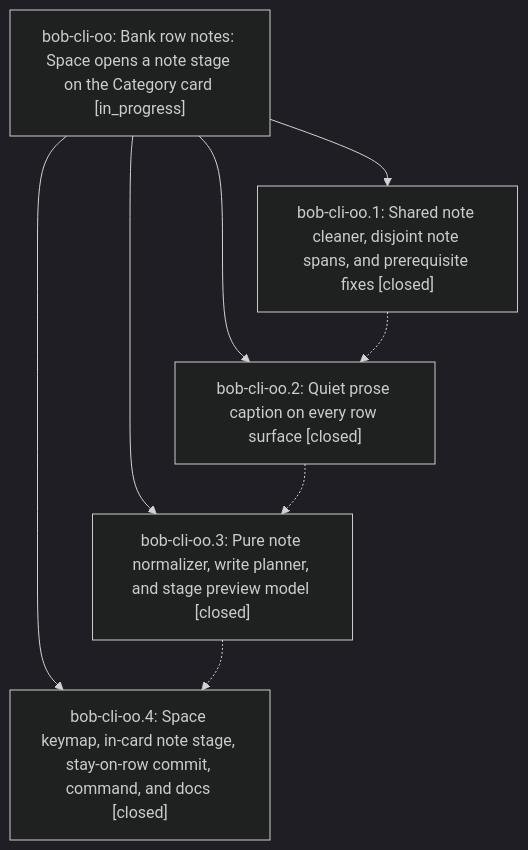
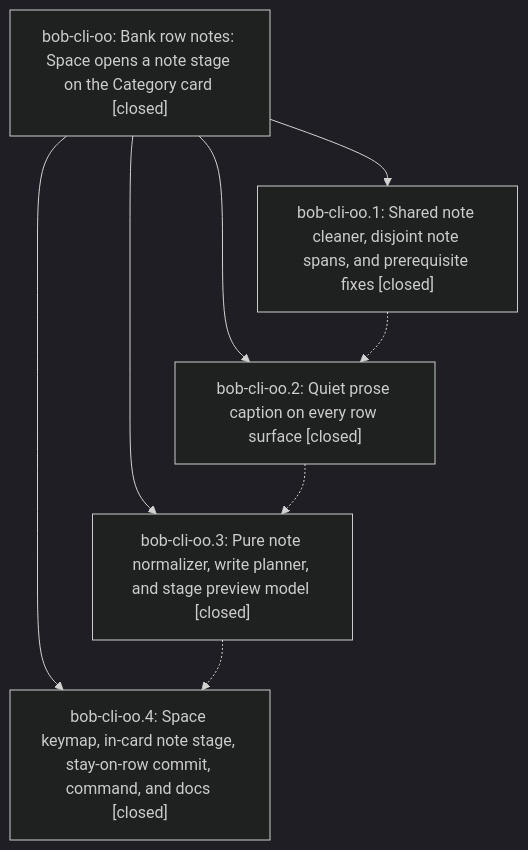
Before and after one commit to bobs-org/bob-cli--beads: the diagram in pages/bob-cli-oo/README.md, drawn with Mermaid (dark theme). The commit also changed other lines of this file, not shown here.

First line of the commit message:
chore(beads): sync bead state and pages for bob-cli-oo

````diff
--- a/pages/bob-cli-oo/README.md
+++ b/pages/bob-cli-oo/README.md
@@ -43,15 +45,15 @@
 ```mermaid
 flowchart TD
-    n0["bob-cli-oo: Bank row notes: Space opens a note stage on the Category card [in_progress]"]
+    n0["bob-cli-oo: Bank row notes: Space opens a note stage on the Category card [closed]"]
     n1["bob-cli-oo.1: Shared note cleaner, disjoint note spans, and prerequisite fixes [closed]"]
     n2["bob-cli-oo.2: Quiet prose caption on every row surface [closed]"]
     n3["bob-cli-oo.3: Pure note normalizer, write planner, and stage preview model [closed]"]
     n4["bob-cli-oo.4: Space keymap, in-card note stage, stay-on-row commit, command, and docs [closed]"]
     n0 --> n1
     n0 --> n2
     n0 --> n3
     n0 --> n4
     n1 -.-> n2
     n2 -.-> n3
     n3 -.-> n4
 ```
````
